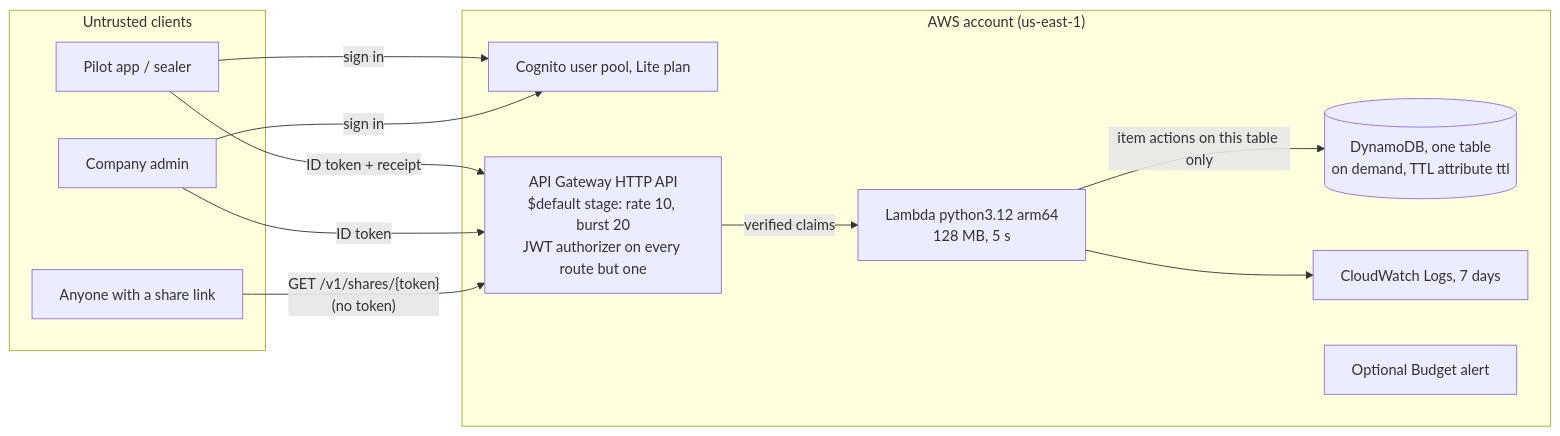
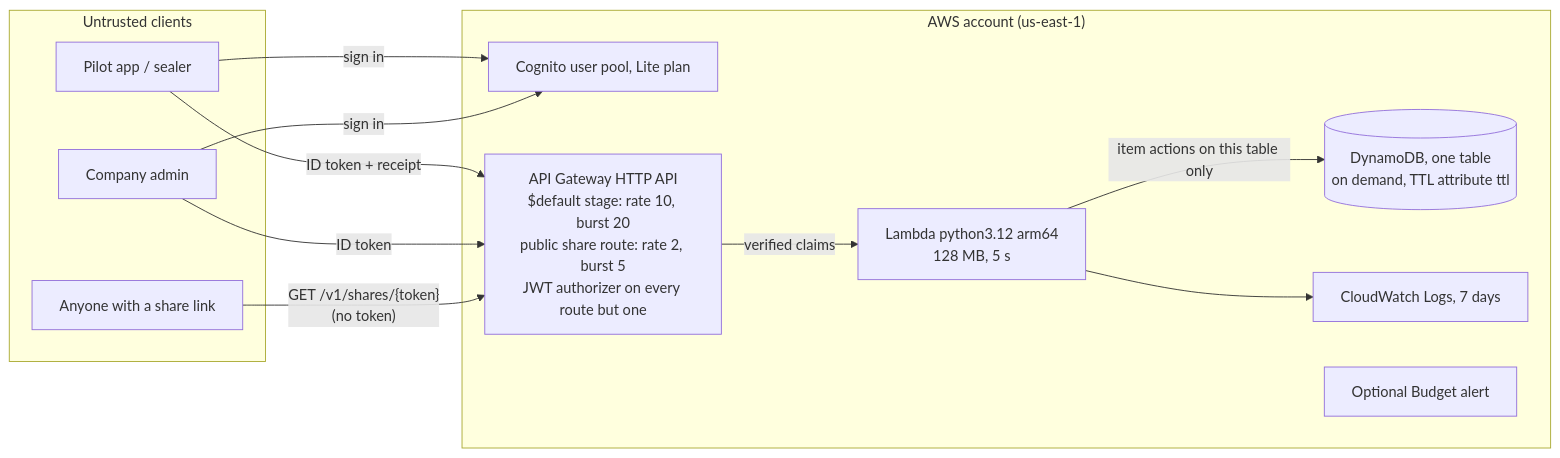
Before and after one commit to anirudh763/flightseal: the diagram in docs/aws/ARCHITECTURE_AWS.md, drawn with Mermaid. The commit also changed other lines of this file and 25 other files, not shown here.

First line of the commit message:
feat(registry): CORS allowlist, idempotent shares, epoch read, public route throttle

````diff
--- a/docs/aws/ARCHITECTURE_AWS.md
+++ b/docs/aws/ARCHITECTURE_AWS.md
@@ -14,24 +14,24 @@
 ```mermaid
 flowchart LR
   subgraph Client["Untrusted clients"]
     P[Pilot app / sealer]
     A[Company admin]
     V[Anyone with a share link]
   end
   subgraph AWS["AWS account (us-east-1)"]
     C[Cognito user pool, Lite plan]
-    G["API Gateway HTTP API<br/>$default stage: rate 10, burst 20<br/>JWT authorizer on every route but one"]
+    G["API Gateway HTTP API<br/>$default stage: rate 10, burst 20<br/>public share route: rate 2, burst 5<br/>JWT authorizer on every route but one"]
     L["Lambda python3.12 arm64<br/>128 MB, 5 s"]
     D[("DynamoDB, one table<br/>on demand, TTL attribute ttl")]
     W[CloudWatch Logs, 7 days]
     B[Optional Budget alert]
   end
   P -- "sign in" --> C
   A -- "sign in" --> C
   P -- "ID token + receipt" --> G
   A -- "ID token" --> G
   V -- "GET /v1/shares/{token}<br/>(no token)" --> G
   G -- "verified claims" --> L
   L -- "item actions on this table only" --> D
   L --> W
 ```
````
